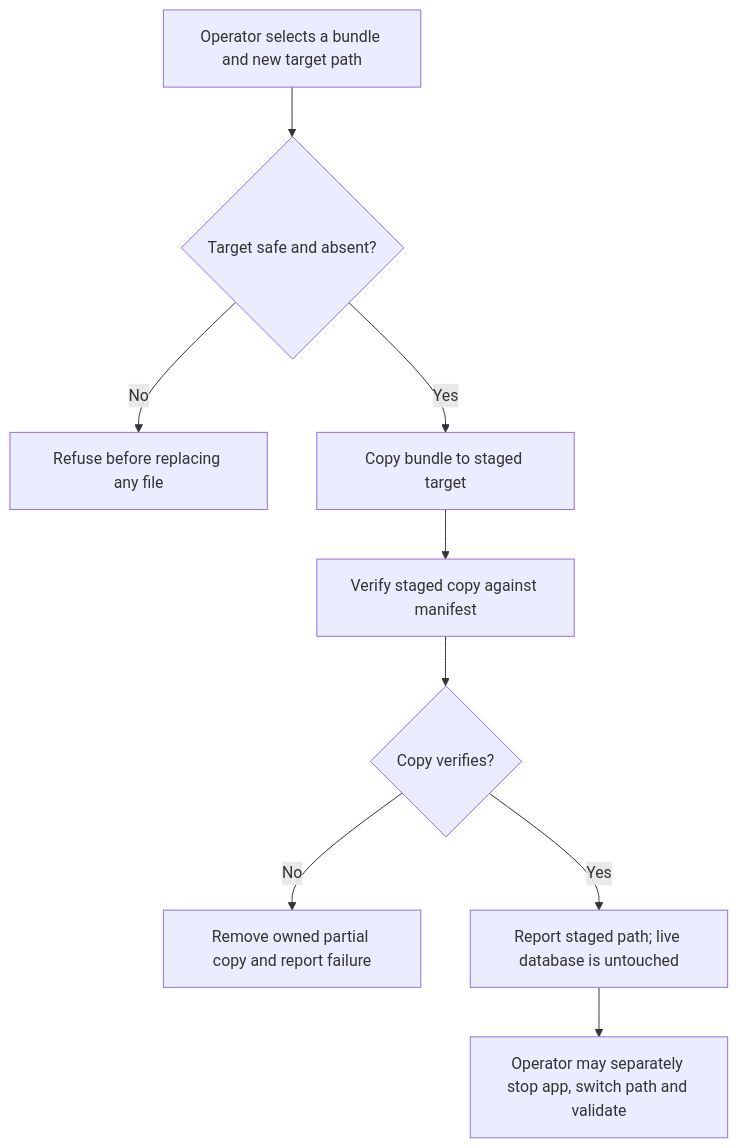
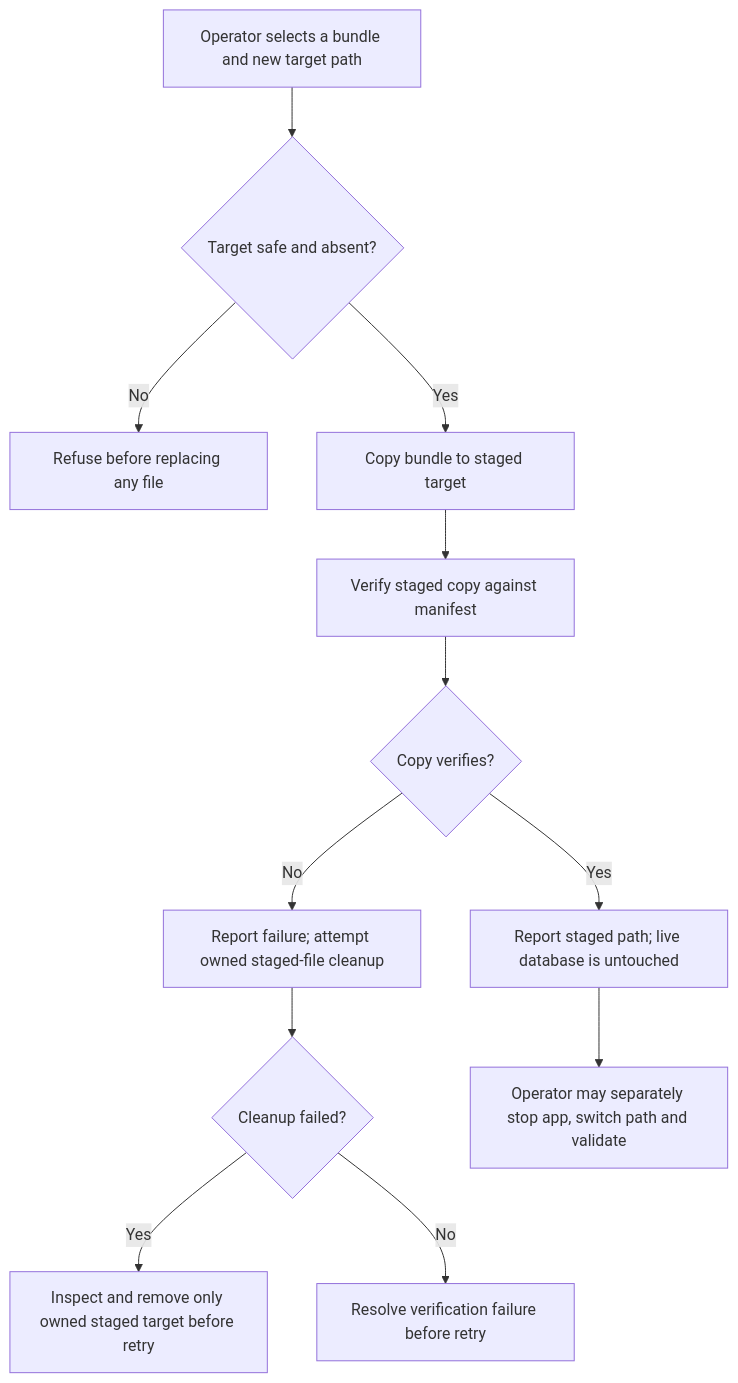
Before and after one commit to Kevinjohn/oss-adonisjs-sqlite-backup: the first of 2 diagrams in user-stories/prepare-restore/us-op-04-prepare-restore.md, drawn with Mermaid. The commit also changed other lines of this file and 2 other files, not shown here.

````diff
--- a/user-stories/prepare-restore/us-op-04-prepare-restore.md
+++ b/user-stories/prepare-restore/us-op-04-prepare-restore.md
@@ -27,11 +27,14 @@
 ```mermaid
 flowchart TD
     A["Operator selects a bundle and new target path"] --> B{"Target safe and absent?"}
     B -->|No| C["Refuse before replacing any file"]
     B -->|Yes| D["Copy bundle to staged target"]
     D --> E["Verify staged copy against manifest"]
     E --> F{"Copy verifies?"}
-    F -->|No| G["Remove owned partial copy and report failure"]
+    F -->|No| G["Report failure; attempt owned staged-file cleanup"]
+    G --> J{"Cleanup failed?"}
+    J -->|Yes| K["Inspect and remove only owned staged target before retry"]
+    J -->|No| L["Resolve verification failure before retry"]
     F -->|Yes| H["Report staged path; live database is untouched"]
     H --> I["Operator may separately stop app, switch path and validate"]
 ```
````
